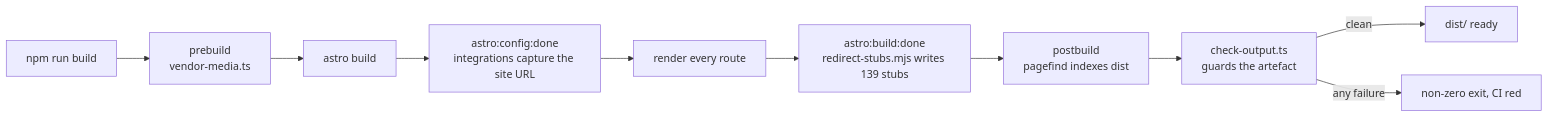
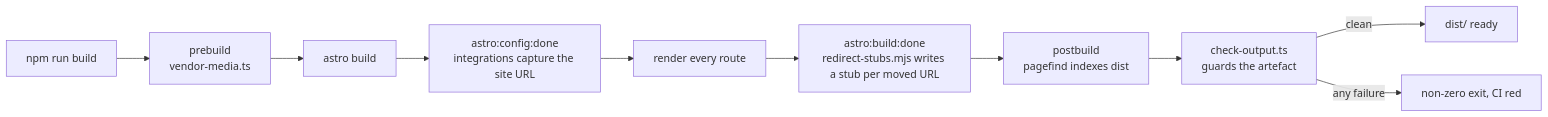
One commit to khaosdoctor/blog changed the second of 5 diagrams in docs/architecture.md. Above: the diagram before and after it, drawn with Mermaid. The commit also changed other lines of this file and 44 other files, not shown here.

Commit message:
fix: one component list for three guards, and the schema names the real author

````diff
--- a/docs/architecture.md
+++ b/docs/architecture.md
@@ -68,12 +80,12 @@
 ```mermaid
 flowchart LR
   A["npm run build"] --> B["prebuild<br/>vendor-media.ts"]
   B --> C["astro build"]
   C --> D["astro:config:done<br/>integrations capture the site URL"]
   D --> E["render every route"]
-  E --> F["astro:build:done<br/>redirect-stubs.mjs writes 139 stubs"]
+  E --> F["astro:build:done<br/>redirect-stubs.mjs writes a stub per moved URL"]
   F --> G["postbuild<br/>pagefind indexes dist"]
   G --> H["check-output.ts<br/>guards the artefact"]
   H -->|clean| I["dist/ ready"]
   H -->|any failure| J["non-zero exit, CI red"]
 ```
````
